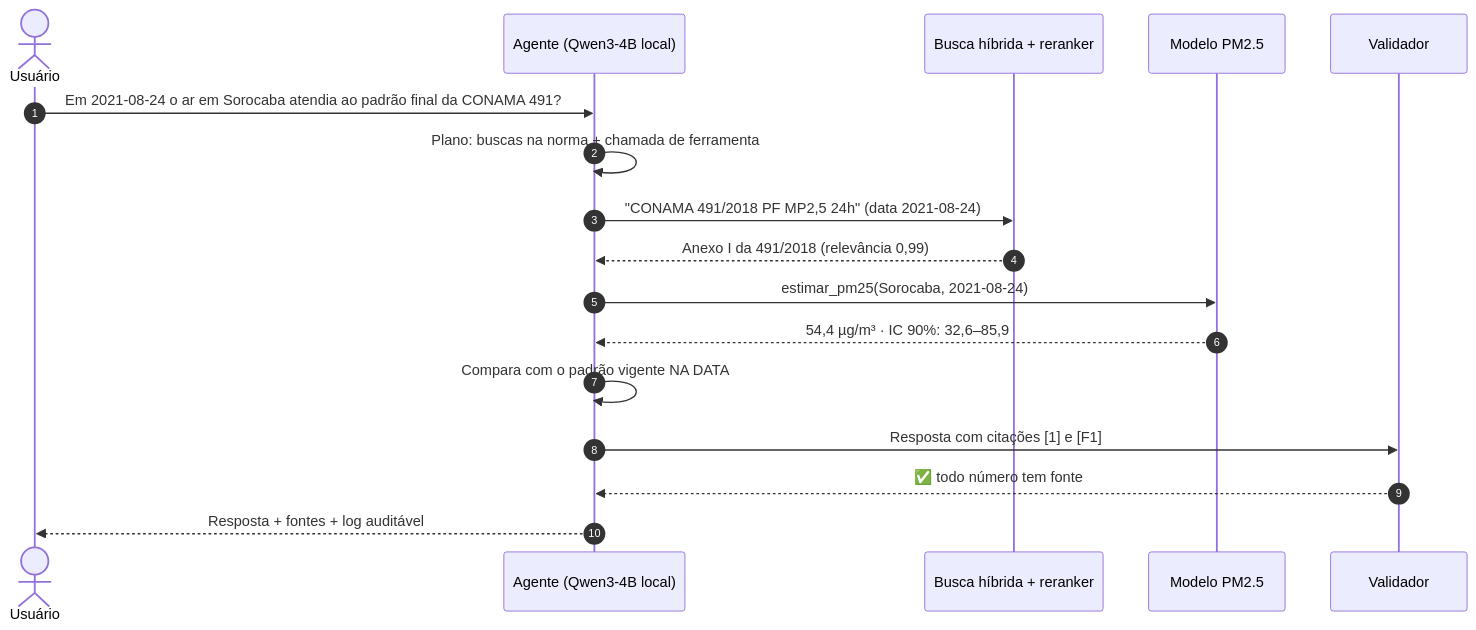
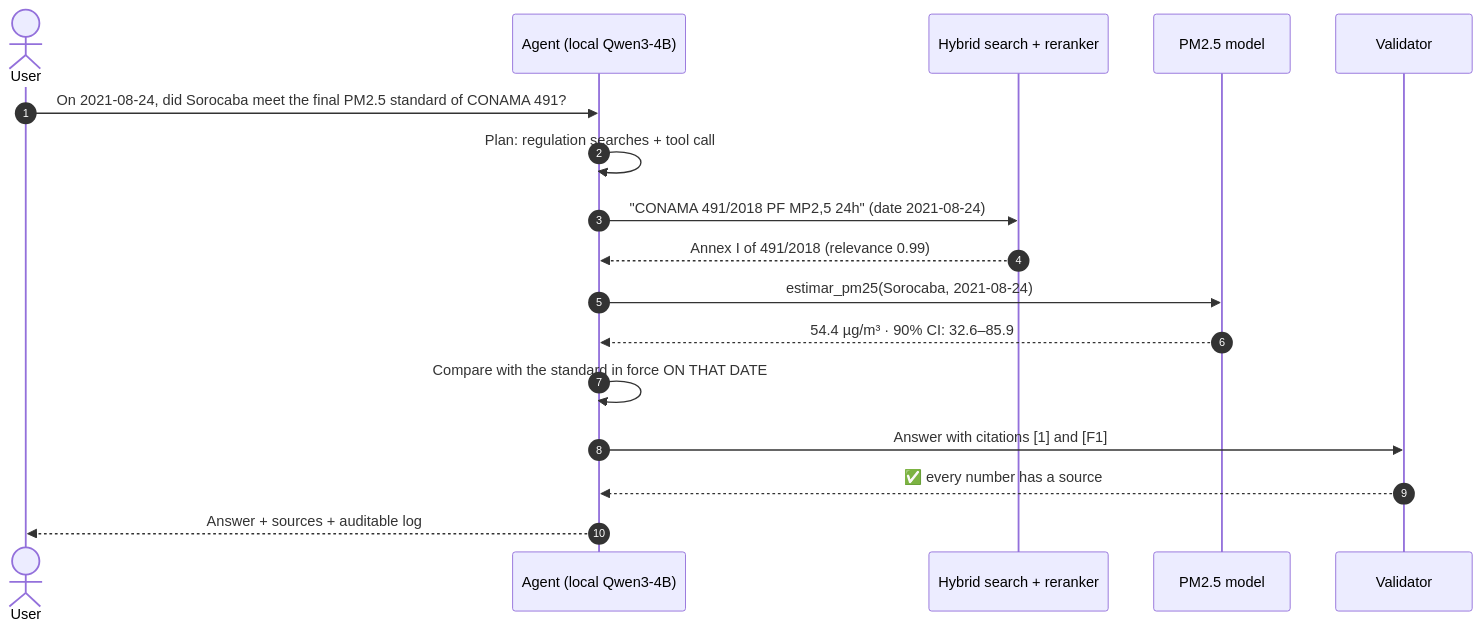
Before and after one commit to LucasBetioli123/AirIQ-SP: the fourth of 4 diagrams in README.md, drawn with Mermaid. The commit also changed other lines of this file and 14 other files, not shown here.

````diff
--- a/README.md
+++ b/README.md
@@ -196,20 +201,20 @@
 ```mermaid
 sequenceDiagram
     autonumber
-    actor U as Usuário
-    participant A as Agente (Qwen3-4B local)
-    participant R as Busca híbrida + reranker
-    participant M as Modelo PM2.5
-    participant V as Validador
+    actor U as User
+    participant A as Agent (local Qwen3-4B)
+    participant R as Hybrid search + reranker
+    participant M as PM2.5 model
+    participant V as Validator
 
-    U->>A: Em 2021-08-24 o ar em Sorocaba atendia ao padrão final da CONAMA 491?
-    A->>A: Plano: buscas na norma + chamada de ferramenta
-    A->>R: "CONAMA 491/2018 PF MP2,5 24h" (data 2021-08-24)
-    R-->>A: Anexo I da 491/2018 (relevância 0,99)
+    U->>A: On 2021-08-24, did Sorocaba meet the final PM2.5 standard of CONAMA 491?
+    A->>A: Plan: regulation searches + tool call
+    A->>R: "CONAMA 491/2018 PF MP2,5 24h" (date 2021-08-24)
+    R-->>A: Annex I of 491/2018 (relevance 0.99)
     A->>M: estimar_pm25(Sorocaba, 2021-08-24)
-    M-->>A: 54,4 µg/m³ · IC 90%: 32,6–85,9
-    A->>A: Compara com o padrão vigente NA DATA
-    A->>V: Resposta com citações [1] e [F1]
-    V-->>A: ✅ todo número tem fonte
-    A-->>U: Resposta + fontes + log auditável
+    M-->>A: 54.4 µg/m³ · 90% CI: 32.6–85.9
+    A->>A: Compare with the standard in force ON THAT DATE
+    A->>V: Answer with citations [1] and [F1]
+    V-->>A: ✅ every number has a source
+    A-->>U: Answer + sources + auditable log
 ```
````
